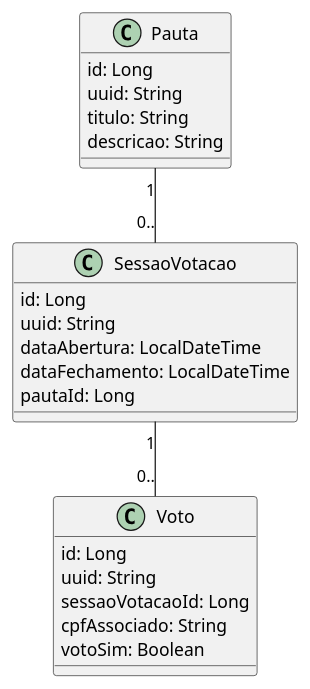
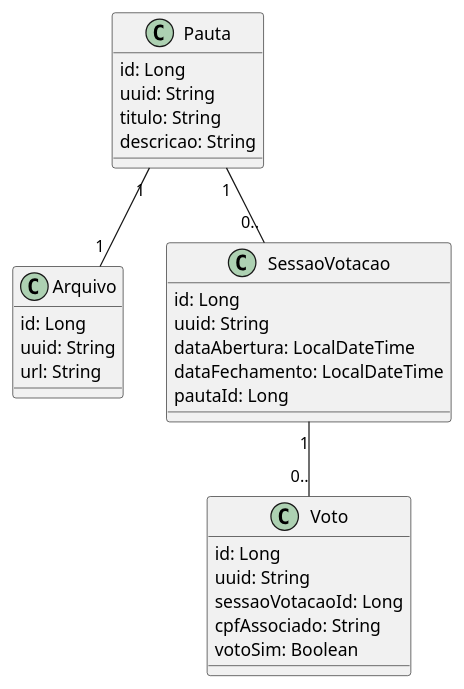
Before and after one commit to SrEmanuel/desafio-votacao-fullstack: the diagram in docs/modelo_dados.plantuml, drawn with PlantUML. The commit also changed 1 other file, not shown here.

Commit message:
add: adicionando envio de arquivo na pauta e endpoint para remover pauta e sessão

```diff
--- a/docs/modelo_dados.plantuml
+++ b/docs/modelo_dados.plantuml
@@ -1,29 +1,37 @@
 @startuml modelo
 
 class Pauta {
   id: Long
   uuid: String
   titulo: String
   descricao: String
+}
+
+class Arquivo{
+  id: Long
+  uuid: String
+  url: String
 }
 
 class SessaoVotacao {
   id: Long
   uuid: String
   dataAbertura: LocalDateTime
   dataFechamento: LocalDateTime
   pautaId: Long
 }
 
 class Voto {
   id: Long
   uuid: String
   sessaoVotacaoId: Long
   cpfAssociado: String
   votoSim: Boolean
 }
 
+
+Pauta "1" -- "1" Arquivo
 Pauta "1" -- "0.." SessaoVotacao
 SessaoVotacao "1" -- "0.." Voto
 
 @enduml
```
